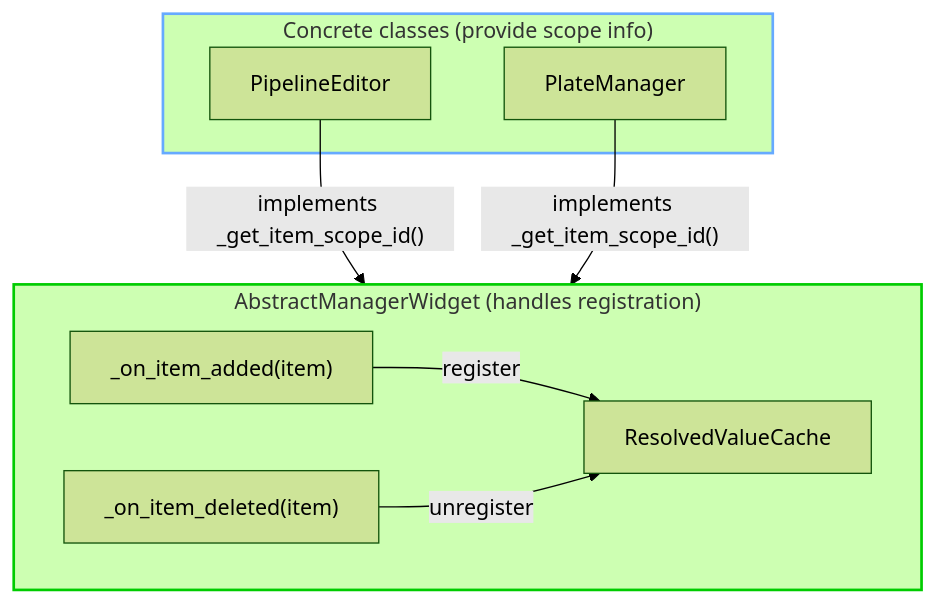
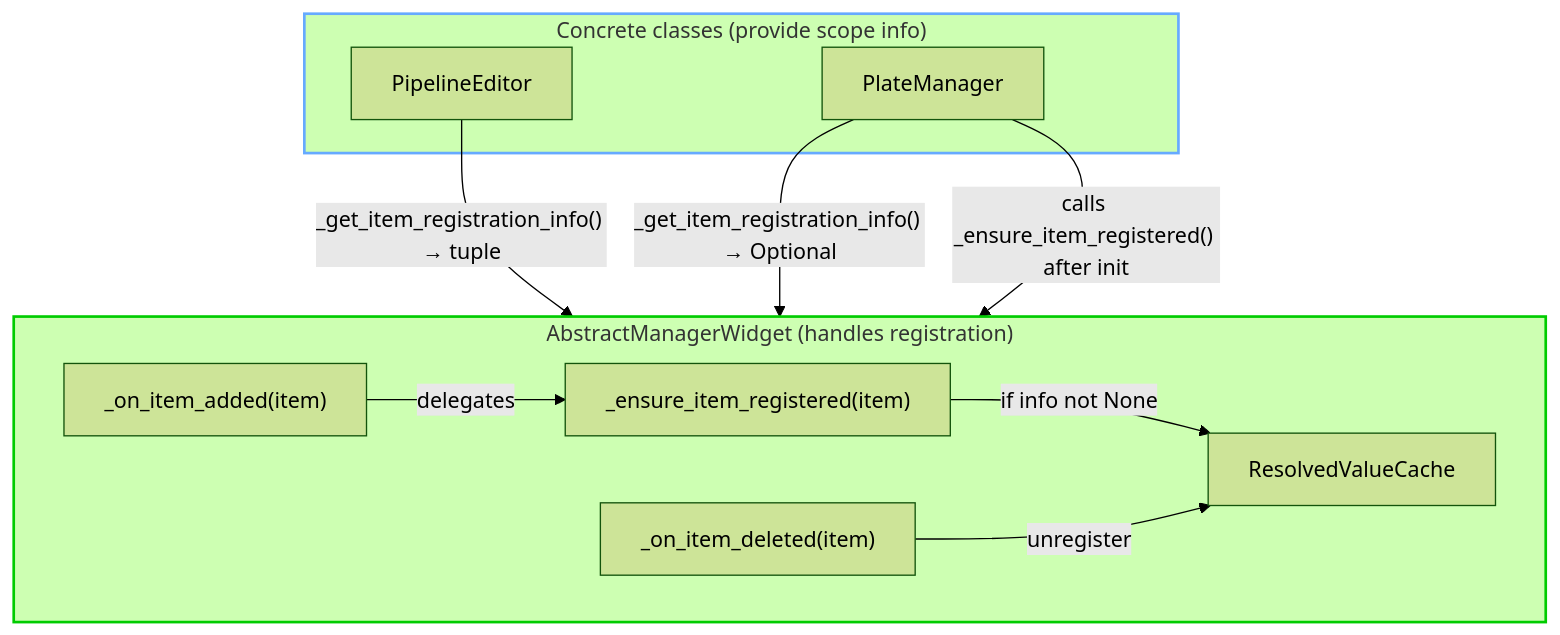
Before and after one commit to OpenHCSDev/OpenHCS: diagram 14 of 14 in plans/context_stack/plan_03_resolved_value_cache.md, drawn with Mermaid (forest theme). The commit also changed other lines of this file, not shown here.

First line of the commit message:
docs: refactor RVC plan - use _ensure_item_registered() ABC pattern

````diff
--- a/plans/context_stack/plan_03_resolved_value_cache.md
+++ b/plans/context_stack/plan_03_resolved_value_cache.md
@@ -794,22 +794,25 @@
 ```mermaid
 flowchart TB
     subgraph ABC["AbstractManagerWidget (handles registration)"]
+        Ensure["_ensure_item_registered(item)"]
         Add["_on_item_added(item)"]
         Del["_on_item_deleted(item)"]
-        Add -->|"register"| RVC
+        Add -->|"delegates"| Ensure
+        Ensure -->|"if info not None"| RVC
         Del -->|"unregister"| RVC
     end
 
     subgraph Concrete["Concrete classes (provide scope info)"]
         PE["PipelineEditor"]
         PM["PlateManager"]
     end
 
     RVC[ResolvedValueCache]
 
-    PE -->|"implements _get_item_scope_id()"| ABC
-    PM -->|"implements _get_item_scope_id()"| ABC
+    PE -->|"_get_item_registration_info() → tuple"| ABC
+    PM -->|"_get_item_registration_info() → Optional"| ABC
+    PM -->|"calls _ensure_item_registered() after init"| ABC
 
     style ABC stroke:#00cc00,stroke-width:2px
     style Concrete stroke:#66aaff,stroke-width:2px
 ```
````
